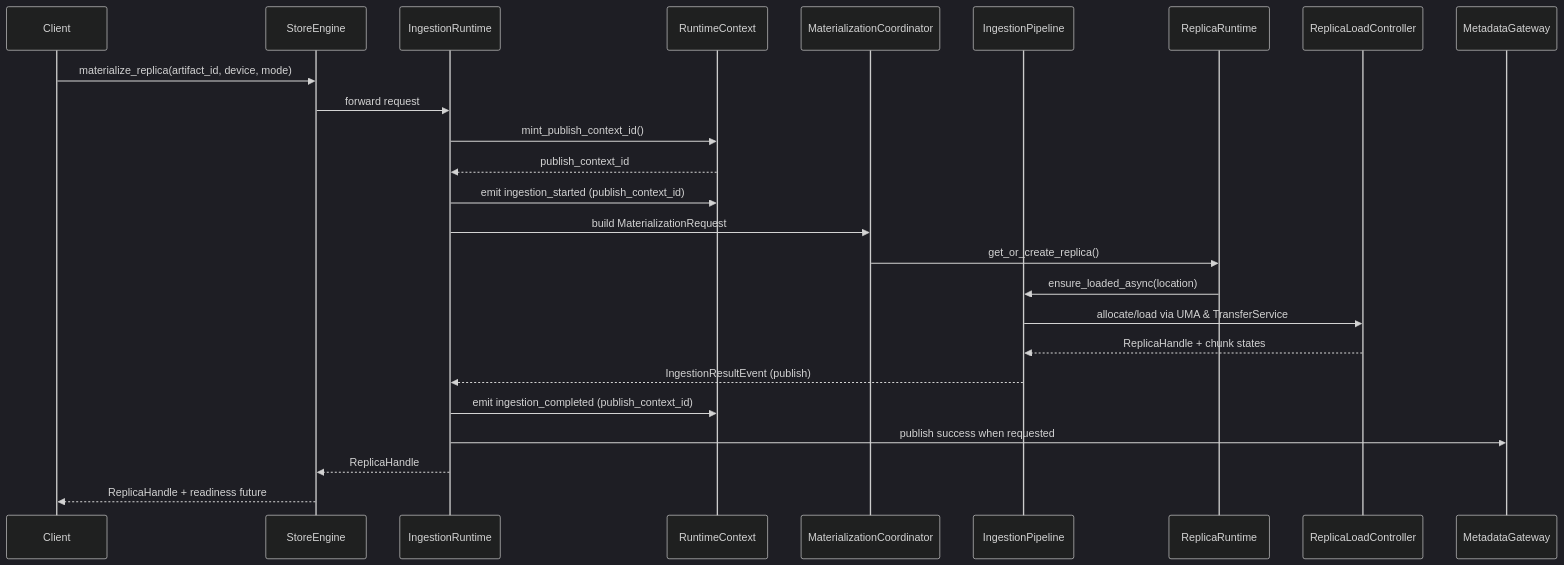
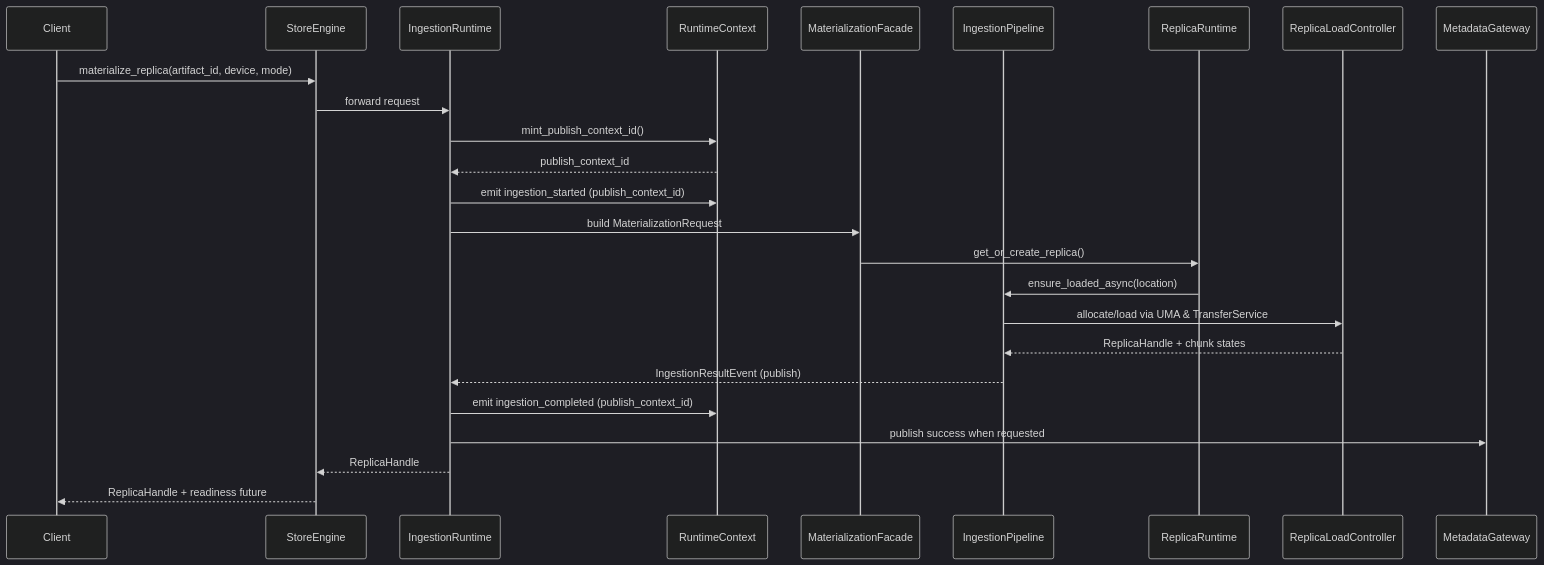
The second of 3 diagrams in core/store/docs/architecture.md (tensorcast-ai/tensorcast), drawn with Mermaid (dark theme) before and after one commit. The commit also changed other lines of this file and 51 other files, not shown here.

````diff
--- a/core/store/docs/architecture.md
+++ b/core/store/docs/architecture.md
@@ -220,28 +220,28 @@
 ```mermaid
 sequenceDiagram
     participant Client
     participant SE as StoreEngine
     participant IR as IngestionRuntime
     participant RC as RuntimeContext
-    participant MC as MaterializationCoordinator
+    participant MC as MaterializationFacade
     participant IP as IngestionPipeline
     participant RR as ReplicaRuntime
     participant RLC as ReplicaLoadController
     participant MG as MetadataGateway
 
     Client->>SE: materialize_replica(artifact_id, device, mode)
     SE->>IR: forward request
     IR->>RC: mint_publish_context_id()
     RC-->>IR: publish_context_id
     IR->>RC: emit ingestion_started (publish_context_id)
     IR->>MC: build MaterializationRequest
     MC->>RR: get_or_create_replica()
     RR->>IP: ensure_loaded_async(location)
     IP->>RLC: allocate/load via UMA & TransferService
     RLC-->>IP: ReplicaHandle + chunk states
     IP-->>IR: IngestionResultEvent (publish)
     IR->>RC: emit ingestion_completed (publish_context_id)
     IR->>MG: publish success when requested
     IR-->>SE: ReplicaHandle
     SE-->>Client: ReplicaHandle + readiness future
 ```
````
